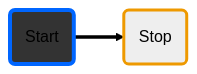
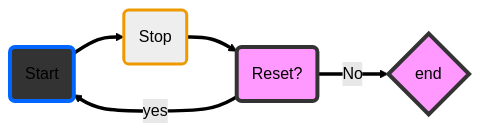
The third of 3 diagrams in Documentation/diagram_with_mermaid.md (PanGalacticTech/ISOpower), drawn with Mermaid (forest theme) before and after one commit.

````diff
--- a/Documentation/diagram_with_mermaid.md
+++ b/Documentation/diagram_with_mermaid.md
@@ -46,9 +46,13 @@
 ```mermaid
 graph LR
 %% This is a comment 
 A(Start):::darkBlue ==>B(Stop):::brightOrange;
+B(Stop) ==> C(Reset?);
+C(Reset?) == yes ==> A;
+C(Reset?) == No ==>D{end}
 
 classDef darkBlue fill:#333,stroke:#06f,stroke-width:4px;
 classDef brightOrange fill:#eee,stroke:#e90,stroke-width:3px;
+classDef default fill:#f9f,stroke:#333,stroke-width:4px;
 %%class nodeId1, nodeId2 darkBlue;
 ```
````
